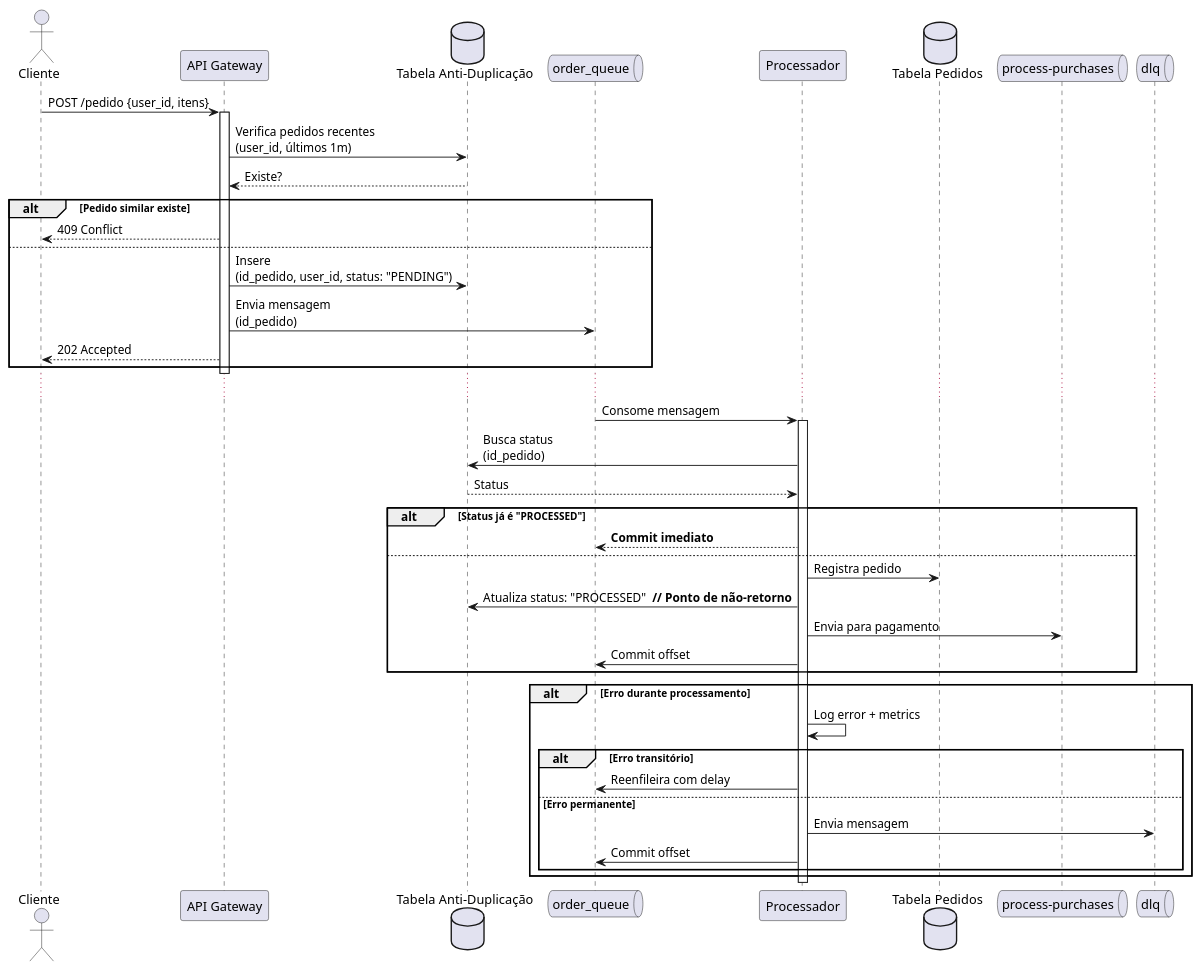
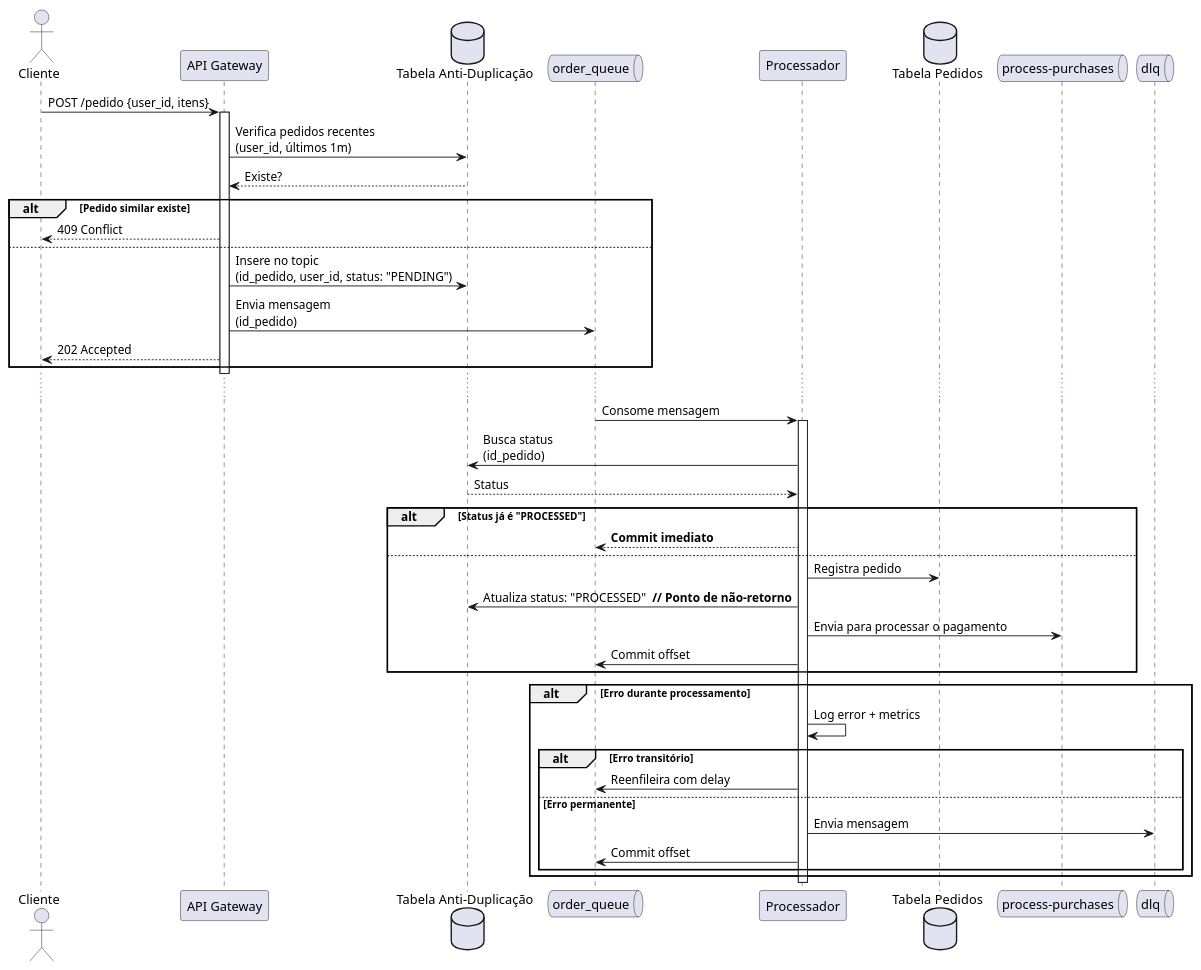
One commit to Thales-Eduardo/gateway-pagament changed the diagram in process-purchases/docs/uml.plantuml. Above: the diagram before and after it, drawn with PlantUML. The commit also changed 10 other files, not shown here.

```diff
--- a/process-purchases/docs/uml.plantuml
+++ b/process-purchases/docs/uml.plantuml
@@ -1,56 +1,56 @@
 @startuml enhanced_process_purchases_flow
 
 actor Cliente
 participant "API Gateway" as Gateway
 database "Tabela Anti-Duplicação" as AntiDup
 queue "order_queue" as OrderQueue
 participant "Processador" as Processor
 database "Tabela Pedidos" as Orders
 queue "process-purchases" as ProcessPurchases
 queue "dlq" as DLQ
 
 Cliente -> Gateway: POST /pedido {user_id, itens}
 activate Gateway
 
 Gateway -> AntiDup: Verifica pedidos recentes\n(user_id, últimos 1m)
 AntiDup --> Gateway: Existe? 
 
 alt Pedido similar existe
     Gateway --> Cliente: 409 Conflict
 else 
-    Gateway -> AntiDup: Insere\n(id_pedido, user_id, status: "PENDING")
+    Gateway -> AntiDup: Insere no topic\n(id_pedido, user_id, status: "PENDING")
     Gateway -> OrderQueue: Envia mensagem\n(id_pedido)
     Gateway --> Cliente: 202 Accepted
 end
 
 deactivate Gateway
 
 ...
 
 OrderQueue -> Processor: Consome mensagem
 activate Processor
 
 Processor -> AntiDup: Busca status\n(id_pedido)
 AntiDup --> Processor: Status
 
 alt Status já é "PROCESSED"
     Processor --> OrderQueue: **Commit imediato**
 else
     Processor -> Orders: Registra pedido
     Processor -> AntiDup: Atualiza status: "PROCESSED"  **// Ponto de não-retorno**
-    Processor -> ProcessPurchases: Envia para pagamento
+    Processor -> ProcessPurchases: Envia para processar o pagamento
     Processor -> OrderQueue: Commit offset
 end
 
 alt Erro durante processamento
     Processor -> Processor: Log error + metrics
     alt Erro transitório
         Processor -> OrderQueue: Reenfileira com delay
     else Erro permanente
         Processor -> DLQ: Envia mensagem
         Processor -> OrderQueue: Commit offset
     end
 end
 
 deactivate Processor
 @enduml
```
